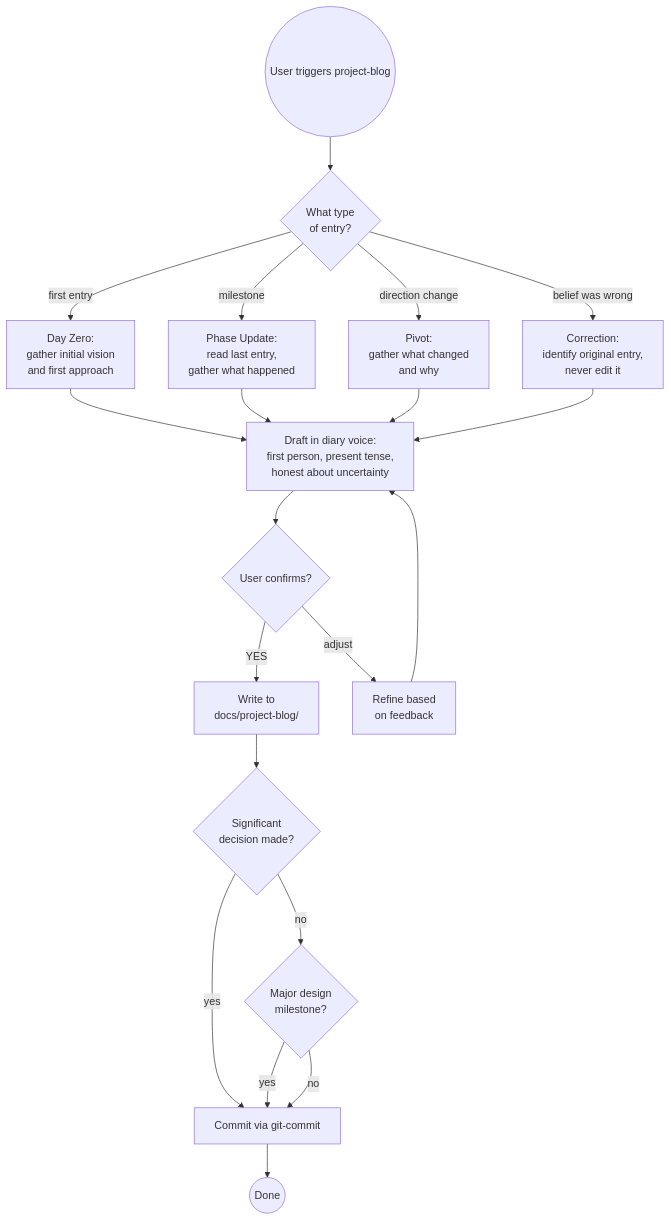
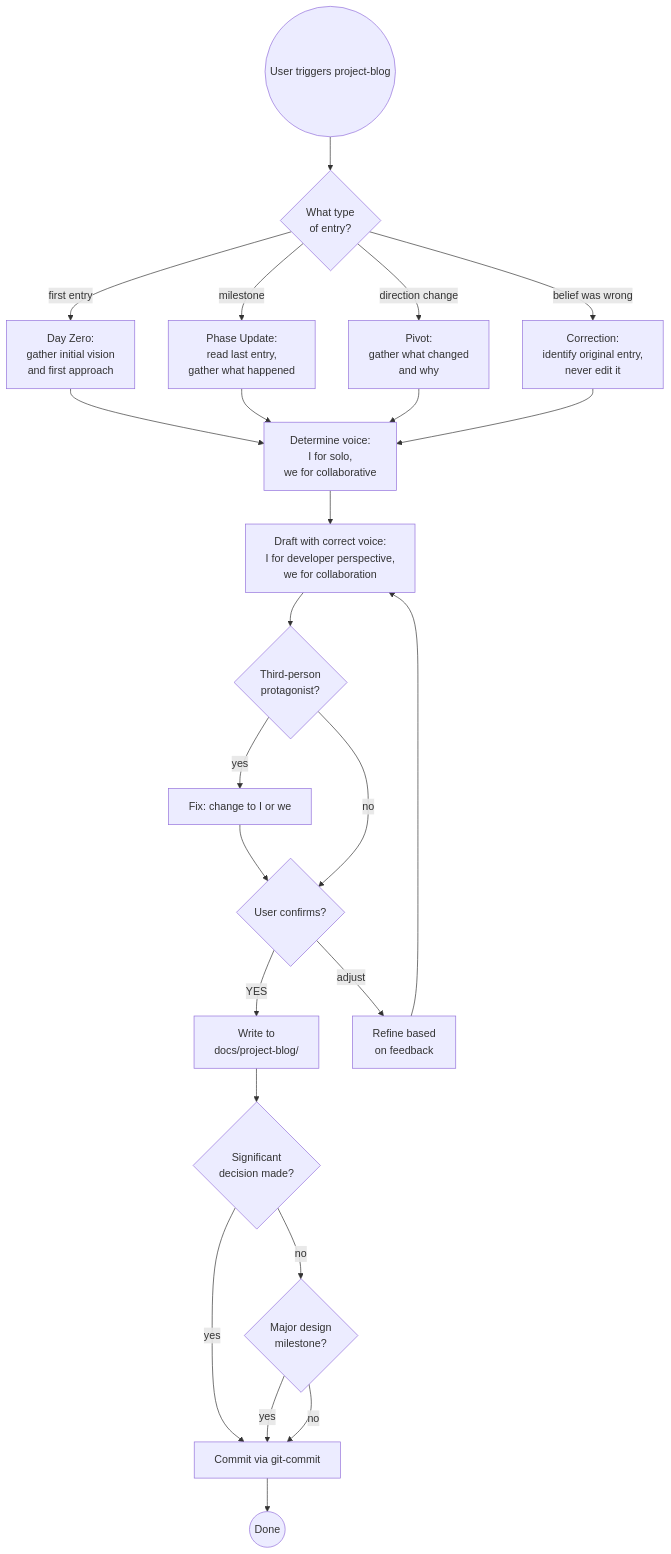
One commit to mdproctor/claude-skills changed the diagram in project-blog/SKILL.md. Above: the diagram before and after it, drawn with Mermaid. The commit also changed other lines of this file and 5 other files, not shown here.

````diff
--- a/project-blog/SKILL.md
+++ b/project-blog/SKILL.md
@@ -202,37 +272,44 @@
 ```mermaid
 flowchart TD
     Trigger((User triggers project-blog))
     EntryType{What type\nof entry?}
+    DetermineVoice[Determine voice:\nI for solo,\nwe for collaborative]
     DayZero[Day Zero:\ngather initial vision\nand first approach]
     PhaseUpdate[Phase Update:\nread last entry,\ngather what happened]
     Pivot[Pivot:\ngather what changed\nand why]
     Correction[Correction:\nidentify original entry,\nnever edit it]
-    Draft[Draft in diary voice:\nfirst person, present tense,\nhonest about uncertainty]
+    Draft[Draft with correct voice:\nI for developer perspective,\nwe for collaboration]
+    VoiceCheck{Third-person\nprotagonist?}
+    FixVoice[Fix: change to I or we]
     UserConfirms{User confirms?}
     Refine[Refine based\non feedback]
     Write[Write to\ndocs/project-blog/]
     OfferADR{Significant\ndecision made?}
     OfferSnapshot{Major design\nmilestone?}
     Commit[Commit via git-commit]
     Done((Done))
 
     Trigger --> EntryType
     EntryType -->|first entry| DayZero
     EntryType -->|milestone| PhaseUpdate
     EntryType -->|direction change| Pivot
     EntryType -->|belief was wrong| Correction
-    DayZero --> Draft
-    PhaseUpdate --> Draft
-    Pivot --> Draft
-    Correction --> Draft
-    Draft --> UserConfirms
+    DayZero --> DetermineVoice
+    PhaseUpdate --> DetermineVoice
+    Pivot --> DetermineVoice
+    Correction --> DetermineVoice
+    DetermineVoice --> Draft
+    Draft --> VoiceCheck
+    VoiceCheck -->|yes| FixVoice
+    VoiceCheck -->|no| UserConfirms
+    FixVoice --> UserConfirms
     UserConfirms -->|YES| Write
     UserConfirms -->|adjust| Refine
     Refine --> Draft
     Write --> OfferADR
     OfferADR -->|yes| Commit
     OfferADR -->|no| OfferSnapshot
     OfferSnapshot -->|yes| Commit
     OfferSnapshot -->|no| Commit
     Commit --> Done
 ```
````
